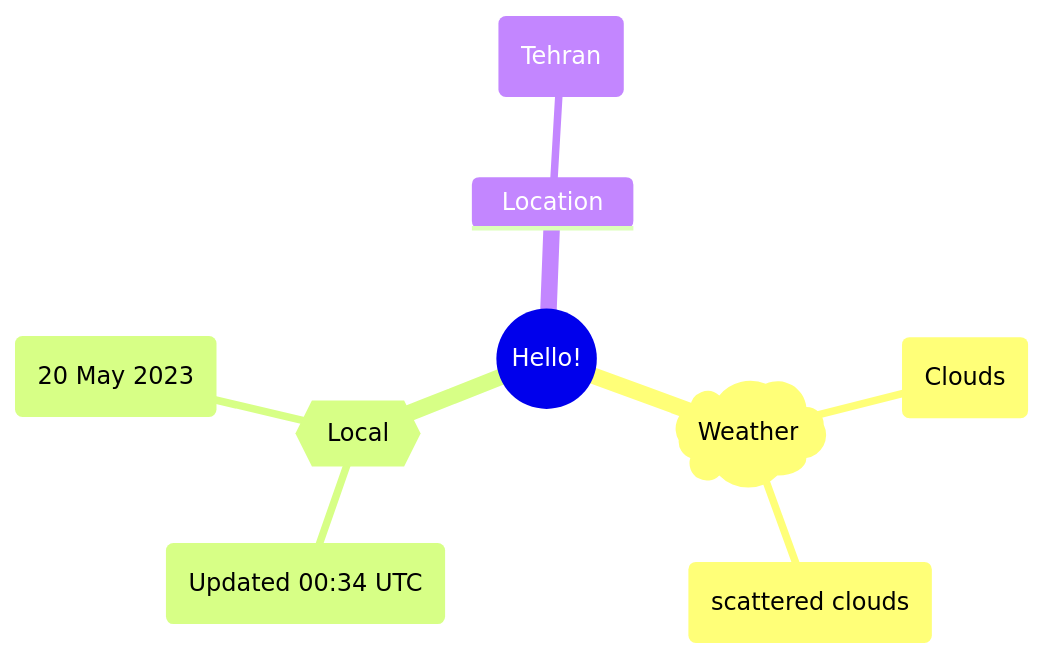
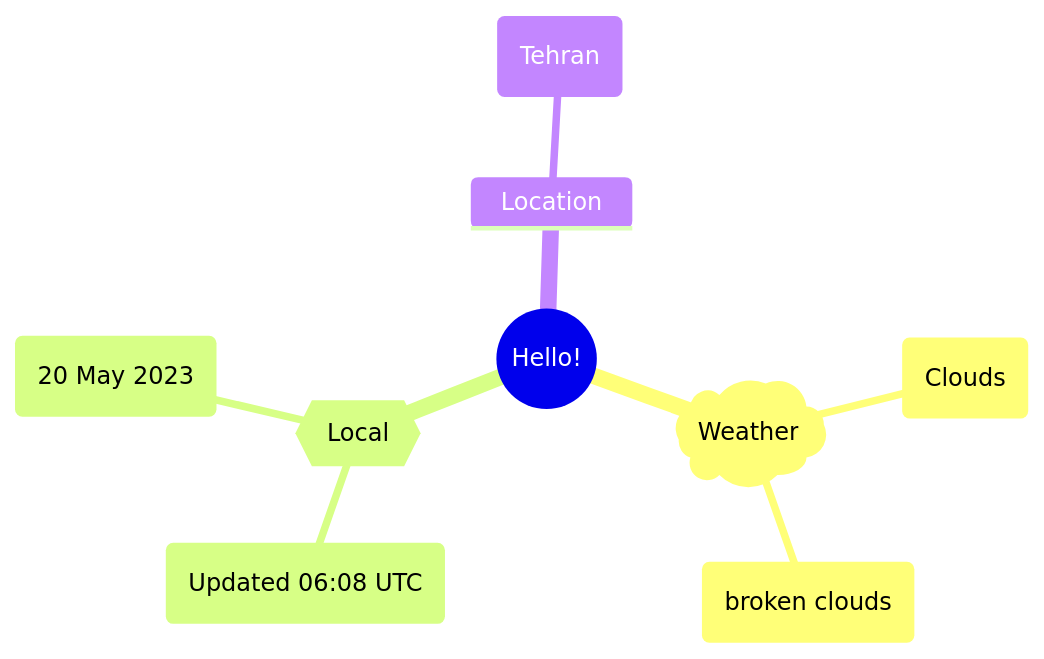
Before and after one commit to Xosrov/Xosrov: the first of 2 diagrams in README.md, drawn with Mermaid.

Commit message:
[bot] updated images

````diff
--- a/README.md
+++ b/README.md
@@ -3,12 +3,12 @@
 ```mermaid
 mindmap
   root((Hello!))
     )Weather(
         (Clouds)
-        (scattered clouds)
+        (broken clouds)
     {{Local}}
-        (Updated 00:34 UTC)
+        (Updated 06:08 UTC)
         (20 May 2023)
     Location
         (Tehran)
 ```
````
